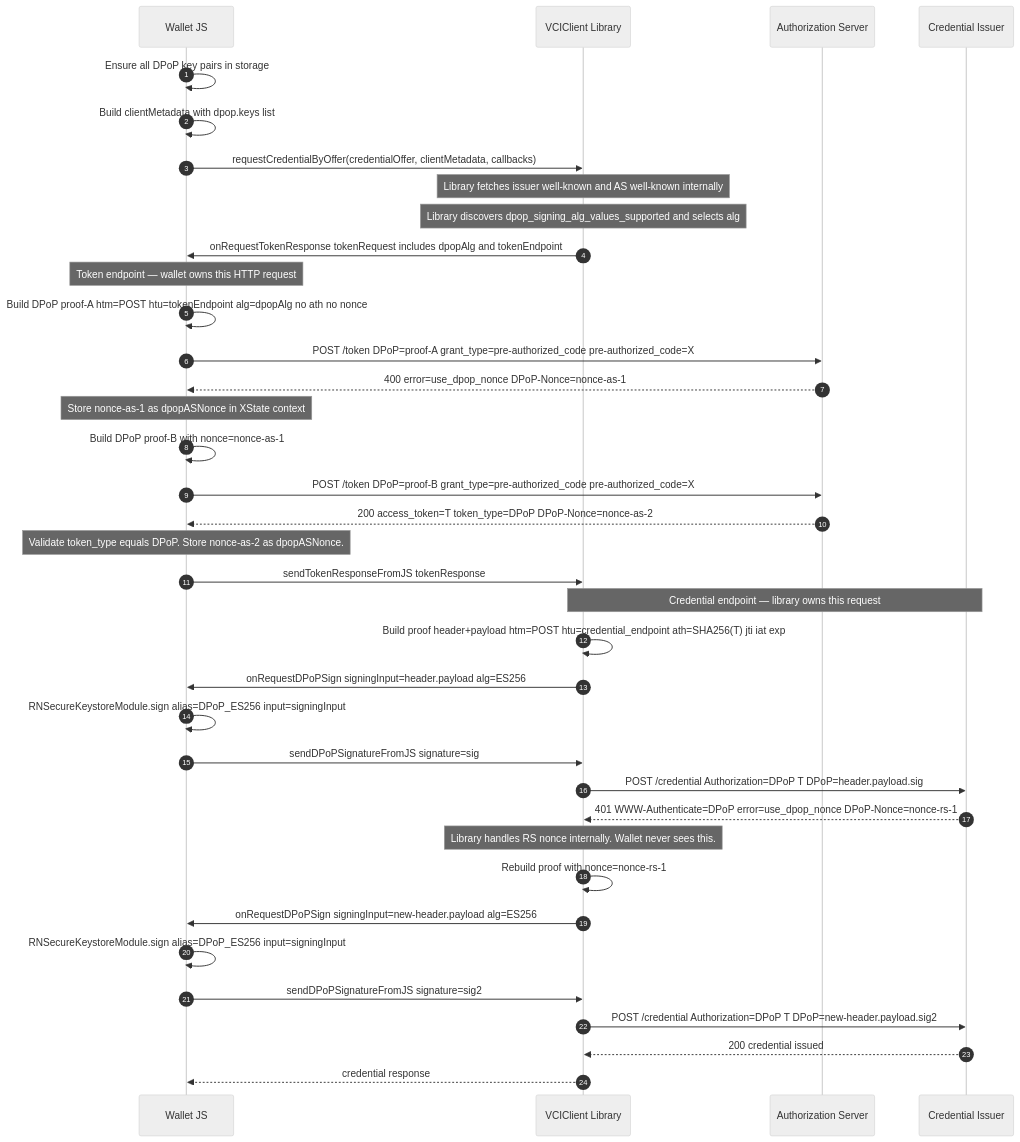
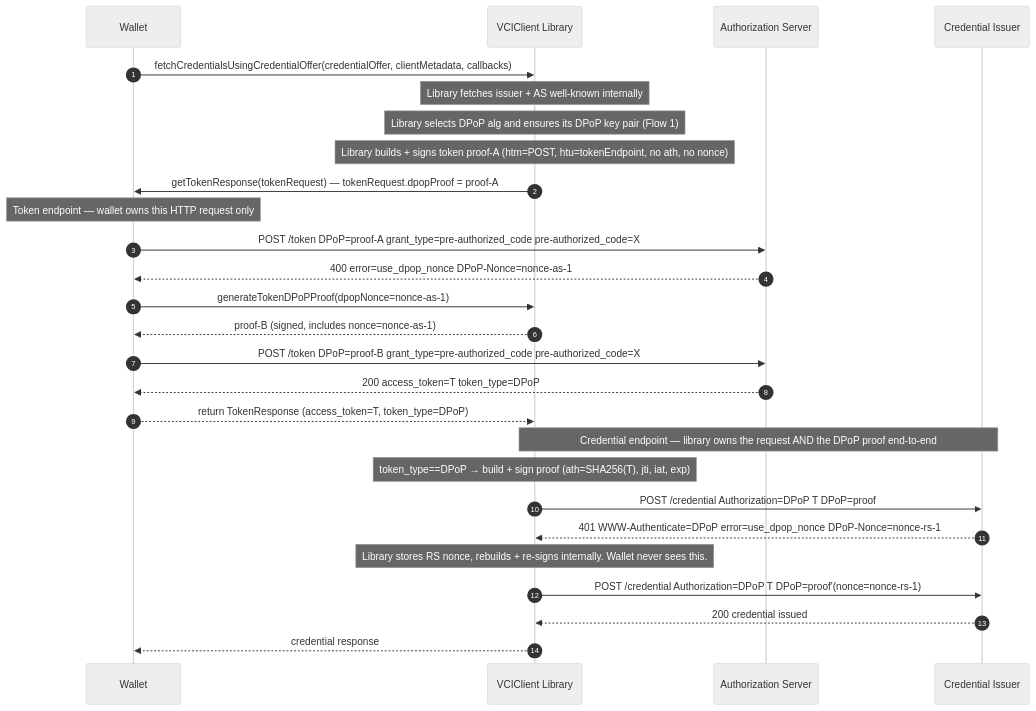
The second of 8 diagrams in docs/# ADR: DPoP Sender-Constrained Access To.md (inji/inji-wallet), drawn with Mermaid (neutral theme) before and after one commit. The commit also changed other lines of this file, not shown here.

First line of the commit message:
docs(dpop): rework ADR — library owns DPoP end-to-end with ephemeral keys

````diff
--- a/docs/# ADR: DPoP Sender-Constrained Access To.md
+++ b/docs/# ADR: DPoP Sender-Constrained Access To.md
@@ -223,43 +188,33 @@
 ```mermaid
 sequenceDiagram
     autonumber
-    participant W as Wallet JS
+    participant W as Wallet
     participant L as VCIClient Library
     participant AS as Authorization Server
     participant CI as Credential Issuer
 
-    W->>W: Ensure all DPoP key pairs in storage
-    W->>W: Build clientMetadata with dpop.keys list
-    W->>L: requestCredentialByOffer(credentialOffer, clientMetadata, callbacks)
+    W->>L: fetchCredentialsUsingCredentialOffer(credentialOffer, clientMetadata, callbacks)
 
-    note over L: Library fetches issuer well-known and AS well-known internally
-    note over L: Library discovers dpop_signing_alg_values_supported and selects alg
+    note over L: Library fetches issuer + AS well-known internally
+    note over L: Library selects DPoP alg and ensures its DPoP key pair (Flow 1)
+    note over L: Library builds + signs token proof-A (htm=POST, htu=tokenEndpoint, no ath, no nonce)
 
-    L->>W: onRequestTokenResponse tokenRequest includes dpopAlg and tokenEndpoint
-    note over W: Token endpoint — wallet owns this HTTP request
-    W->>W: Build DPoP proof-A htm=POST htu=tokenEndpoint alg=dpopAlg no ath no nonce
-    W->>AS: POST /token DPoP=proof-A grant_type=pre-authorized_code pre-authorized_code=X
-    AS-->>W: 400 error=use_dpop_nonce DPoP-Nonce=nonce-as-1
-    note over W: Store nonce-as-1 as dpopASNonce in XState context
-    W->>W: Build DPoP proof-B with nonce=nonce-as-1
-    W->>AS: POST /token DPoP=proof-B grant_type=pre-authorized_code pre-authorized_code=X
-    AS-->>W: 200 access_token=T token_type=DPoP DPoP-Nonce=nonce-as-2
-    note over W: Validate token_type equals DPoP. Store nonce-as-2 as dpopASNonce.
-    W->>L: sendTokenResponseFromJS tokenResponse
+    L->>W: getTokenResponse(tokenRequest) — tokenRequest.dpopProof = proof-A
+    note over W: Token endpoint — wallet owns this HTTP request only
+    W->>AS: POST /token  DPoP=proof-A  grant_type=pre-authorized_code  pre-authorized_code=X
+    AS-->>W: 400 error=use_dpop_nonce  DPoP-Nonce=nonce-as-1
+    W->>L: generateTokenDPoPProof(dpopNonce=nonce-as-1)
+    L-->>W: proof-B (signed, includes nonce=nonce-as-1)
+    W->>AS: POST /token  DPoP=proof-B  grant_type=pre-authorized_code  pre-authorized_code=X
+    AS-->>W: 200 access_token=T  token_type=DPoP
+    W-->>L: return TokenResponse (access_token=T, token_type=DPoP)
 
-    note over L,CI: Credential endpoint — library owns this request
-    L->>L: Build proof header+payload htm=POST htu=credential_endpoint ath=SHA256(T) jti iat exp
-    L->>W: onRequestDPoPSign signingInput=header.payload alg=ES256
-    W->>W: RNSecureKeystoreModule.sign alias=DPoP_ES256 input=signingInput
-    W->>L: sendDPoPSignatureFromJS signature=sig
-    L->>CI: POST /credential Authorization=DPoP T DPoP=header.payload.sig
-    CI-->>L: 401 WWW-Authenticate=DPoP error=use_dpop_nonce DPoP-Nonce=nonce-rs-1
-    note over L: Library handles RS nonce internally. Wallet never sees this.
-    L->>L: Rebuild proof with nonce=nonce-rs-1
-    L->>W: onRequestDPoPSign signingInput=new-header.payload alg=ES256
-    W->>W: RNSecureKeystoreModule.sign alias=DPoP_ES256 input=signingInput
-    W->>L: sendDPoPSignatureFromJS signature=sig2
-    L->>CI: POST /credential Authorization=DPoP T DPoP=new-header.payload.sig2
+    note over L,CI: Credential endpoint — library owns the request AND the DPoP proof end-to-end
+    note over L: token_type==DPoP → build + sign proof (ath=SHA256(T), jti, iat, exp)
+    L->>CI: POST /credential  Authorization=DPoP T  DPoP=proof
+    CI-->>L: 401 WWW-Authenticate=DPoP  error=use_dpop_nonce  DPoP-Nonce=nonce-rs-1
+    note over L: Library stores RS nonce, rebuilds + re-signs internally. Wallet never sees this.
+    L->>CI: POST /credential  Authorization=DPoP T  DPoP=proof'(nonce=nonce-rs-1)
     CI-->>L: 200 credential issued
     L-->>W: credential response
 ```
````
